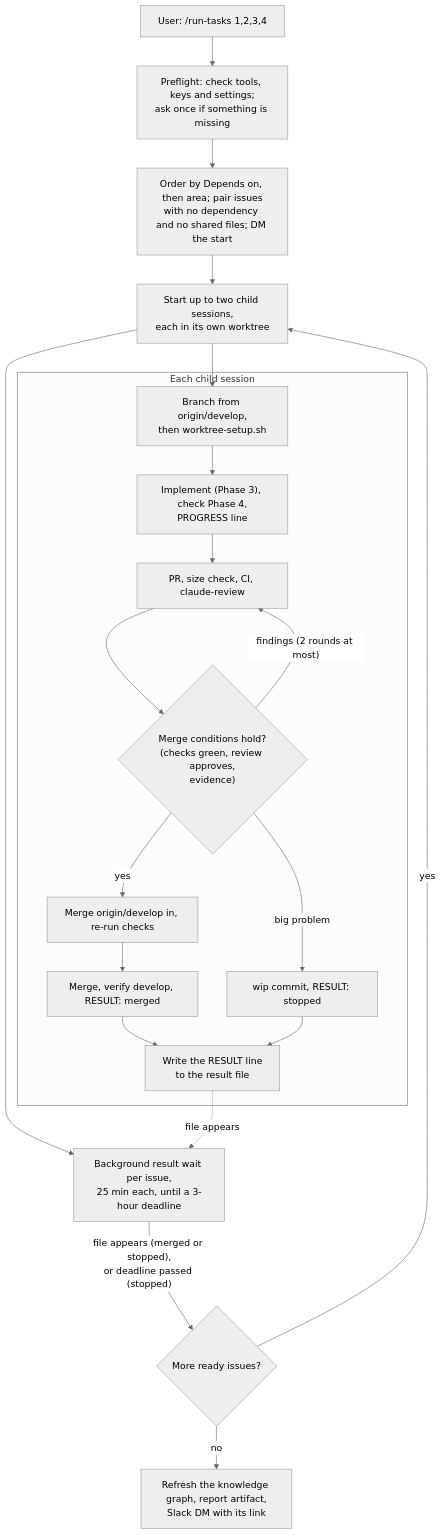
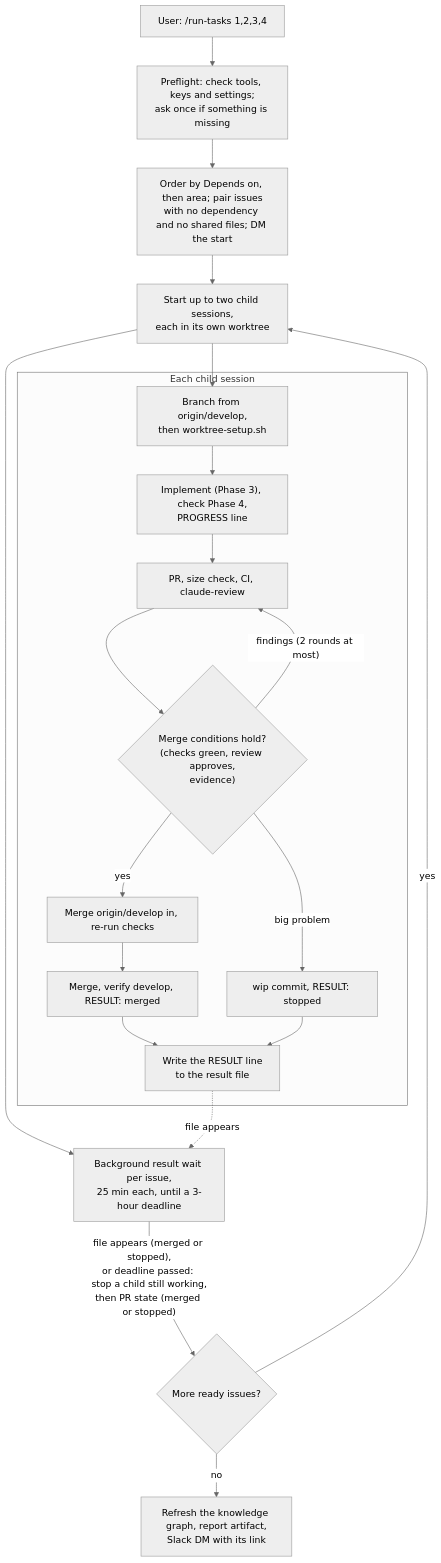
Before and after one commit to huynguyennang-agilityio/claude-code-training: the fifth of 5 diagrams in docs/workflow.md, drawn with Mermaid (neutral theme). The commit also changed other lines of this file and 2 other files, not shown here.

Commit message:
chore(infra): stop a child still working at the deadline before freeing its slot
Replace the one-hour extension: at the deadline the parent tells a child
still working to stop (step 4) and write its result file, ends it with
stop_session after 15 more minutes, and frees the slot only once the child
is no longer working. The issue is then settled by its PR, found with
gh pr list on "Closes #<issue>". Diagram edge and progress line match.

````diff
--- a/docs/workflow.md
+++ b/docs/workflow.md
@@ -121,23 +121,23 @@
 ```mermaid
 flowchart TD
     A["User: /run-tasks 1,2,3,4"] --> PF["Preflight: check tools, keys and settings;<br/>ask once if something is missing"]
     PF --> O["Order by Depends on, then area; pair issues<br/>with no dependency and no shared files; DM the start"]
     O --> C["Start up to two child sessions,<br/>each in its own worktree"]
     subgraph child ["Each child session"]
       W["Branch from origin/develop,<br/>then worktree-setup.sh"] --> I["Implement (Phase 3), check Phase 4,<br/>PROGRESS line"]
       I --> P["PR, size check, CI, claude-review"]
       P --> F{"Merge conditions hold?<br/>(checks green, review approves,<br/>evidence)"}
       F -- "findings (2 rounds at most)" --> P
       F -- yes --> D["Merge origin/develop in, re-run checks"]
       D --> M["Merge, verify develop, RESULT: merged"]
       F -- "big problem" --> S["wip commit, RESULT: stopped"]
       M --> RF["Write the RESULT line<br/>to the result file"]
       S --> RF
     end
     C --> W
     C --> RW["Background result wait per issue,<br/>25 min each, until a 3-hour deadline"]
     RF -. "file appears" .-> RW
-    RW -- "file appears (merged or stopped),<br/>or deadline passed (stopped)" --> N{"More ready issues?"}
+    RW -- "file appears (merged or stopped),<br/>or deadline passed: stop a child still working,<br/>then PR state (merged or stopped)" --> N{"More ready issues?"}
     N -- yes --> C
     N -- no --> E["Refresh the knowledge graph, report artifact,<br/>Slack DM with its link"]
 ```
````
